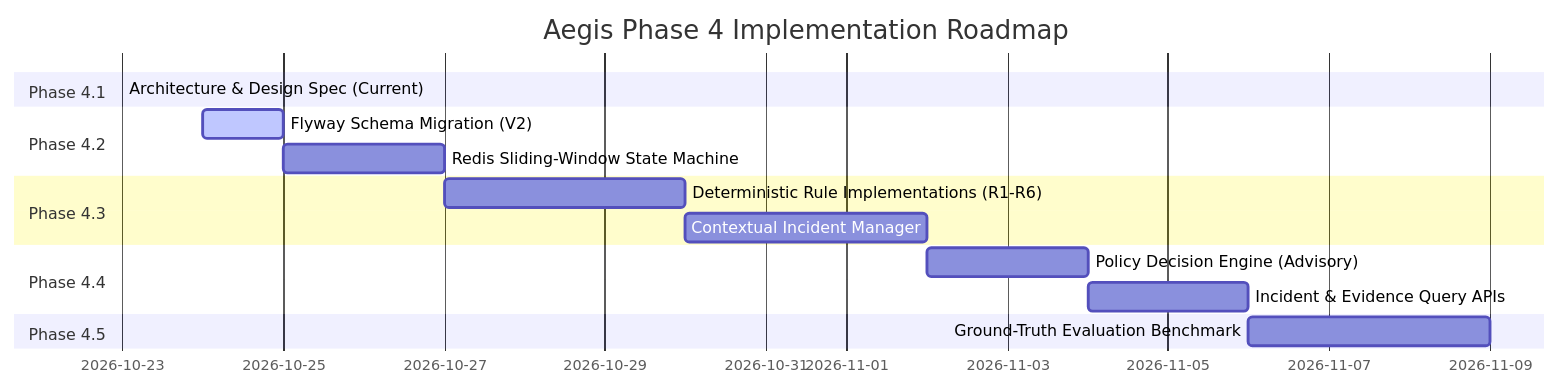
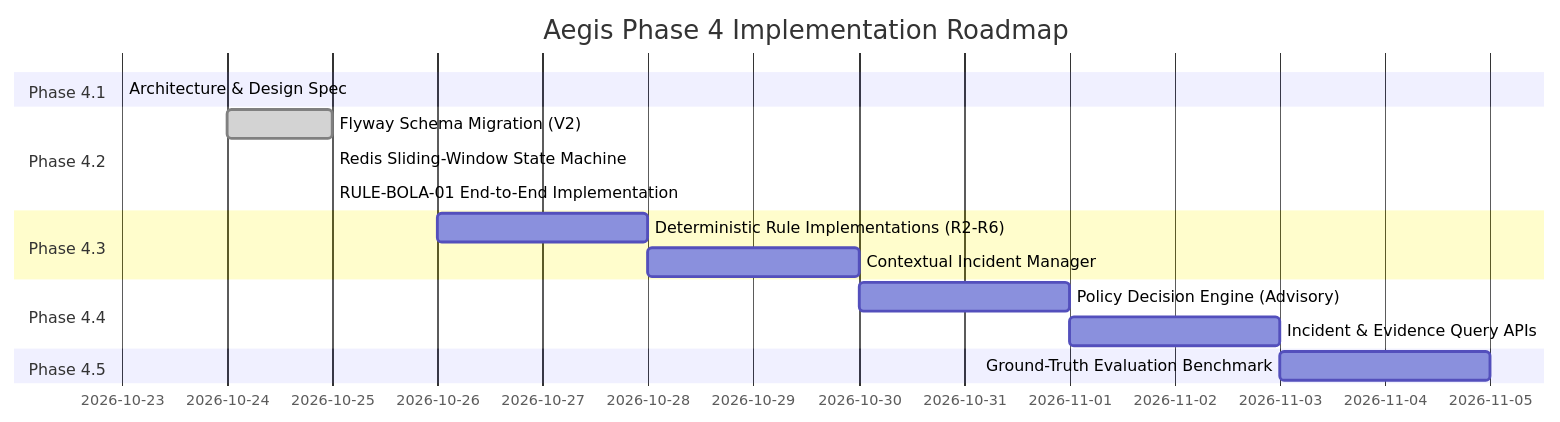
Before and after one commit to NIKHILGONUGUNTA-STACK/shieldops: the sixth of 6 diagrams in docs/phase-4-detection-architecture.md, drawn with Mermaid. The commit also changed other lines of this file and 26 other files, not shown here.

First line of the commit message:
feat(detection): implement RULE-BOLA-01 end-to-end threat detection

````diff
--- a/docs/phase-4-detection-architecture.md
+++ b/docs/phase-4-detection-architecture.md
@@ -501,18 +501,19 @@
 ```mermaid
 gantt
     title Aegis Phase 4 Implementation Roadmap
     dateFormat  YYYY-MM-DD
     section Phase 4.1
-    Architecture & Design Spec (Current)    :done, 2026-10-23, 2026-10-23
+    Architecture & Design Spec              :done, 2026-10-23, 2026-10-23
     section Phase 4.2
-    Flyway Schema Migration (V2)             :active, 2026-10-24, 2026-10-25
-    Redis Sliding-Window State Machine      :2026-10-25, 2026-10-27
+    Flyway Schema Migration (V2)             :done, 2026-10-24, 2026-10-25
+    Redis Sliding-Window State Machine      :done, 2026-10-25, 2026-10-25
+    RULE-BOLA-01 End-to-End Implementation   :done, 2026-10-25, 2026-10-25
     section Phase 4.3
-    Deterministic Rule Implementations (R1-R6):2026-10-27, 2026-10-30
-    Contextual Incident Manager             :2026-10-30, 2026-11-02
+    Deterministic Rule Implementations (R2-R6):2026-10-26, 2026-10-28
+    Contextual Incident Manager             :2026-10-28, 2026-10-30
     section Phase 4.4
-    Policy Decision Engine (Advisory)       :2026-11-02, 2026-11-04
-    Incident & Evidence Query APIs          :2026-11-04, 2026-11-06
+    Policy Decision Engine (Advisory)       :2026-10-30, 2026-11-01
+    Incident & Evidence Query APIs          :2026-11-01, 2026-11-03
     section Phase 4.5
-    Ground-Truth Evaluation Benchmark       :2026-11-06, 2026-11-09
+    Ground-Truth Evaluation Benchmark       :2026-11-03, 2026-11-05
 ```
````
